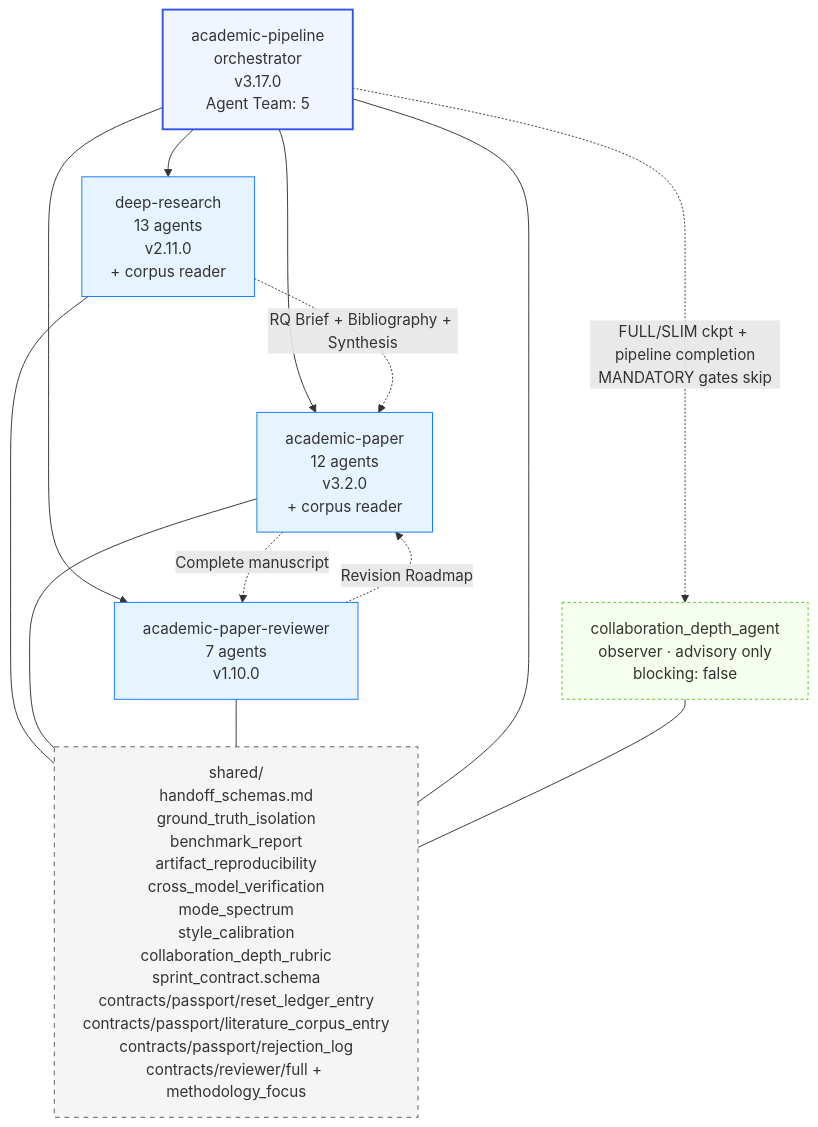
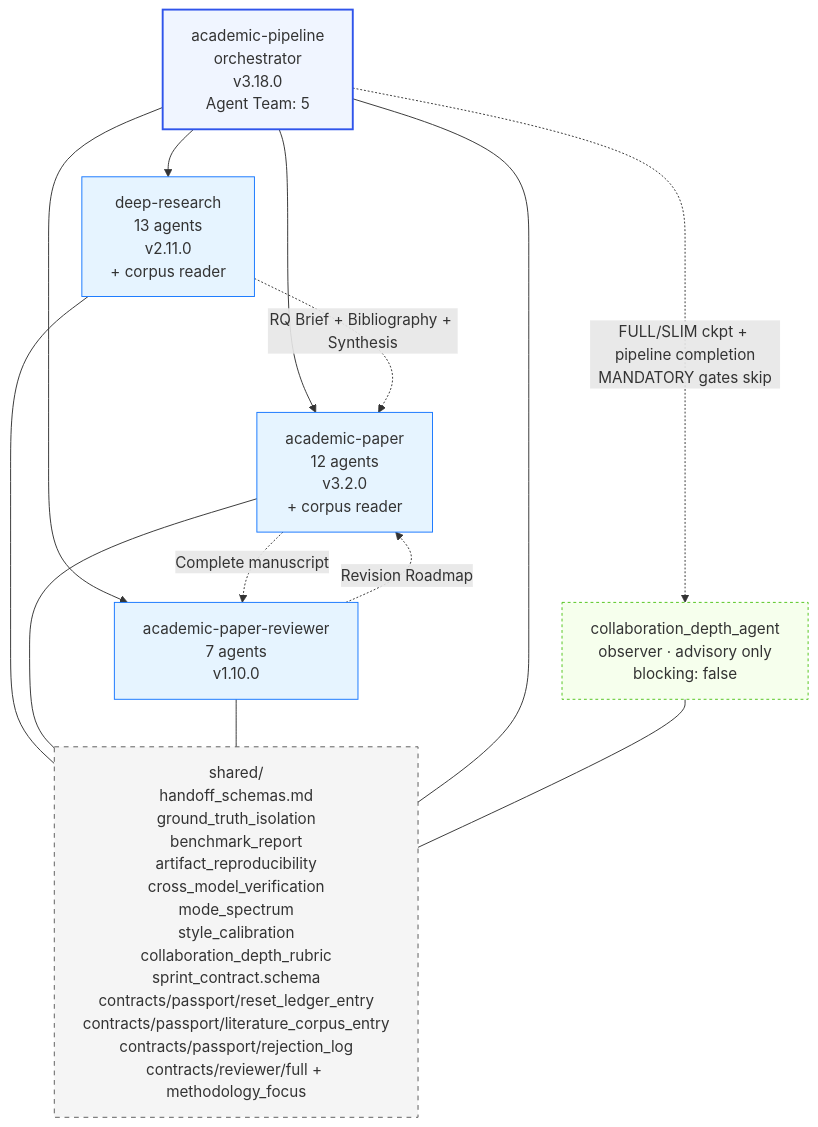
The fourth of 5 diagrams in skills/Imbad0202--academic-research-skills/docs/ARCHITECTURE.md (thereisnotime/skills-collection), drawn with Mermaid before and after one commit. The commit also changed other lines of this file and 6025 other files, not shown here.

Commit message:
sync: update skills repos, readme and charts

````diff
--- a/skills/Imbad0202--academic-research-skills/docs/ARCHITECTURE.md
+++ b/skills/Imbad0202--academic-research-skills/docs/ARCHITECTURE.md
@@ -201,31 +201,31 @@
 ```mermaid
 graph TD
-    Pipeline[academic-pipeline<br/>orchestrator<br/>v3.17.0<br/>Agent Team: 5]
+    Pipeline[academic-pipeline<br/>orchestrator<br/>v3.18.0<br/>Agent Team: 5]
     Observer[collaboration_depth_agent<br/>observer · advisory only<br/>blocking: false]
     DR[deep-research<br/>13 agents<br/>v2.11.0<br/>+ corpus reader]
     AP[academic-paper<br/>12 agents<br/>v3.2.0<br/>+ corpus reader]
     APR[academic-paper-reviewer<br/>7 agents<br/>v1.10.0]
     Shared[shared/<br/>handoff_schemas.md<br/>ground_truth_isolation<br/>benchmark_report<br/>artifact_reproducibility<br/>cross_model_verification<br/>mode_spectrum<br/>style_calibration<br/>collaboration_depth_rubric<br/>sprint_contract.schema<br/>contracts/passport/reset_ledger_entry<br/>contracts/passport/literature_corpus_entry<br/>contracts/passport/rejection_log<br/>contracts/reviewer/full + methodology_focus]
 
     Pipeline --> DR
     Pipeline --> AP
     Pipeline --> APR
     Pipeline -. "FULL/SLIM ckpt + pipeline completion<br/>MANDATORY gates skip" .-> Observer
     DR -. "RQ Brief + Bibliography + Synthesis" .-> AP
     AP -. "Complete manuscript" .-> APR
     APR -. "Revision Roadmap" .-> AP
     DR --- Shared
     AP --- Shared
     APR --- Shared
     Pipeline --- Shared
     Observer --- Shared
 
     classDef orch fill:#f0f5ff,stroke:#2f54eb,stroke-width:2px
     classDef skill fill:#e6f4ff,stroke:#1677ff
     classDef shared fill:#f5f5f5,stroke:#595959,stroke-dasharray:5 5
     classDef observer fill:#f6ffed,stroke:#52c41a,stroke-dasharray:3 3
     class Pipeline orch
     class DR,AP,APR skill
     class Shared shared
     class Observer observer
 ```
````
